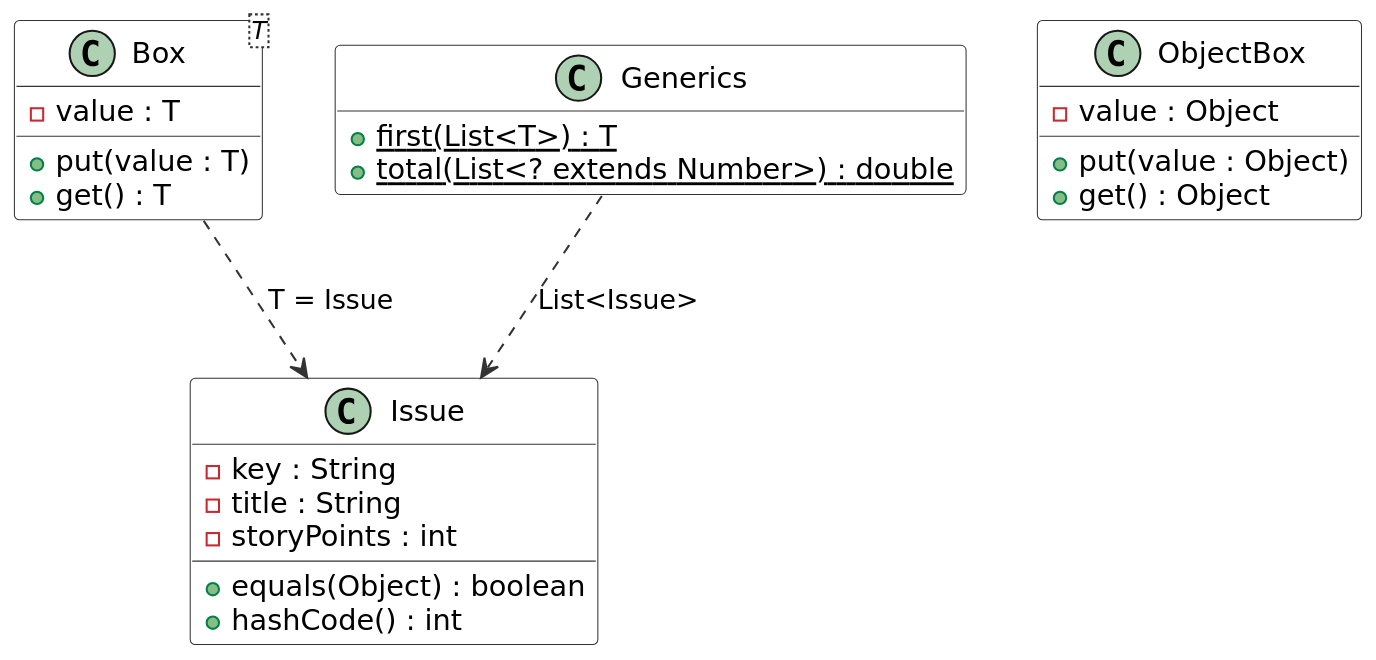
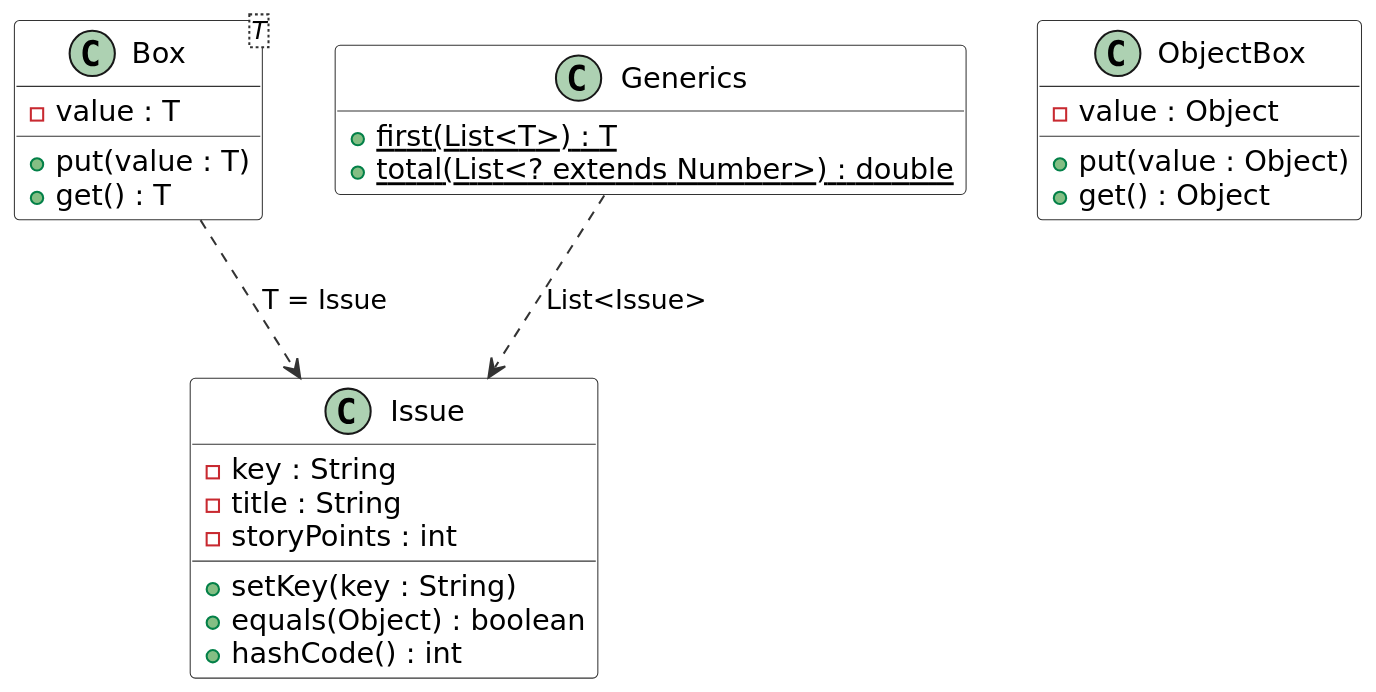
Before and after one commit to brizzinck/krinzhrepoduta: the diagram in java/pr-6/diagrams/classes.puml, drawn with PlantUML. The commit also changed 158 other files, not shown here.

```diff
--- a/java/pr-6/diagrams/classes.puml
+++ b/java/pr-6/diagrams/classes.puml
@@ -1,32 +1,33 @@
 @startuml
 skinparam dpi 140
 skinparam defaultFontName DejaVu Sans
 skinparam shadowing false
 skinparam ClassBackgroundColor #FFFFFF
 skinparam ClassBorderColor #333333
 skinparam ArrowColor #333333
 hide empty members
 class "Box<T>" as Box {
   - value : T
   + put(value : T)
   + get() : T
 }
 class ObjectBox {
   - value : Object
   + put(value : Object)
   + get() : Object
 }
 class Generics {
   + {static} first(List<T>) : T
   + {static} total(List<? extends Number>) : double
 }
 class Issue {
   - key : String
   - title : String
   - storyPoints : int
+  + setKey(key : String)
   + equals(Object) : boolean
   + hashCode() : int
 }
 Box ..> Issue : T = Issue
 Generics ..> Issue : List<Issue>
 @enduml
```
